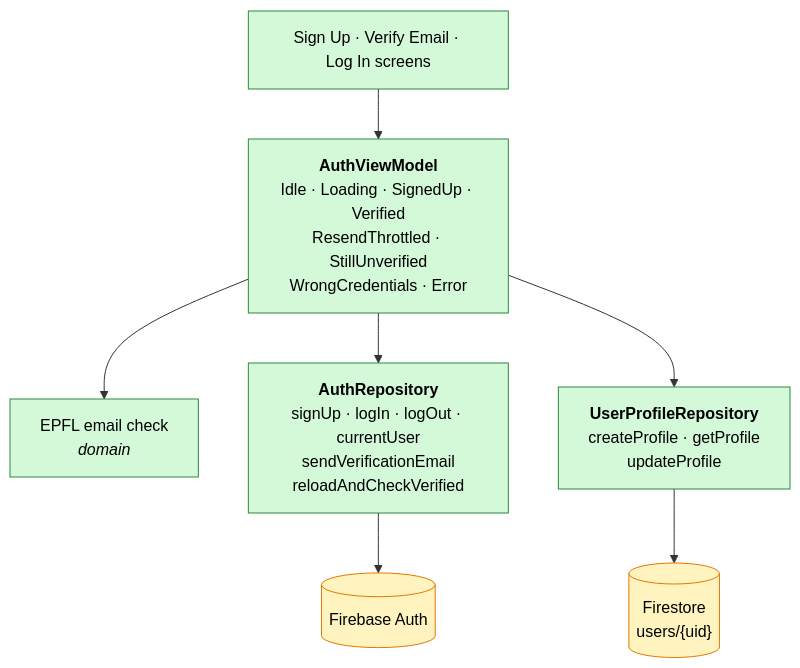
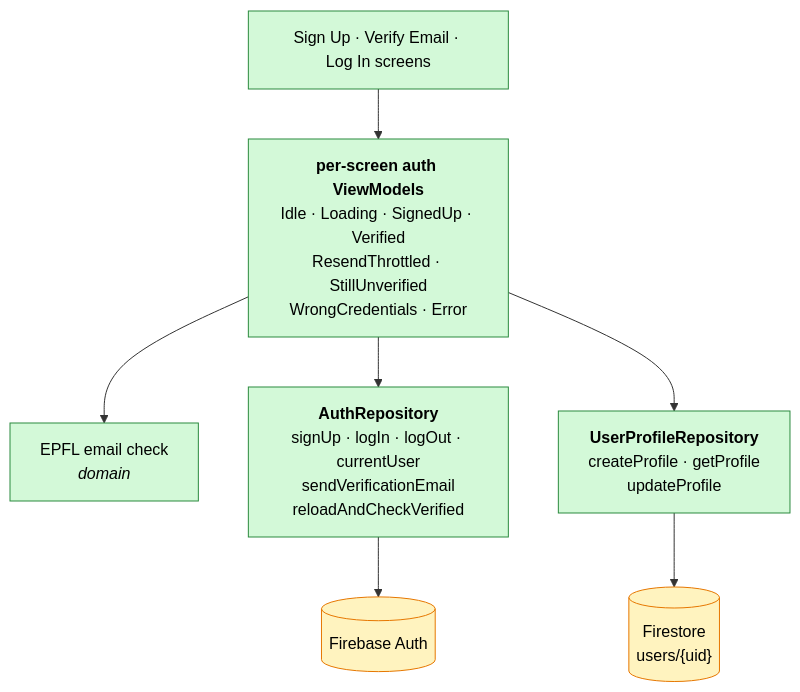
One commit to swent-polysocial/PolySocial changed the third of 11 diagrams in docs/Architecture-Diagram.md. Above: the diagram before and after it, drawn with Mermaid. The commit also changed other lines of this file and 3 other files, not shown here.

First line of the commit message:
docs: map the sprint 2 architecture

````diff
--- a/docs/Architecture-Diagram.md
+++ b/docs/Architecture-Diagram.md
@@ -106,20 +100,20 @@
 ```mermaid
 flowchart TB
   classDef s1 fill:#d3f9d8,stroke:#2b8a3e,color:#000
   classDef ext fill:#fff3bf,stroke:#e67700,color:#000
 
   screens["Sign Up · Verify Email · Log In screens"]:::s1
-  vm["<b>AuthViewModel</b><br/>Idle · Loading · SignedUp · Verified<br/>ResendThrottled · StillUnverified<br/>WrongCredentials · Error"]:::s1
+  vm["<b>per-screen auth ViewModels</b><br/>Idle · Loading · SignedUp · Verified<br/>ResendThrottled · StillUnverified<br/>WrongCredentials · Error"]:::s1
   val["EPFL email check<br/><i>domain</i>"]:::s1
   auth["<b>AuthRepository</b><br/>signUp · logIn · logOut · currentUser<br/>sendVerificationEmail<br/>reloadAndCheckVerified"]:::s1
   prof["<b>UserProfileRepository</b><br/>createProfile · getProfile<br/>updateProfile"]:::s1
   fa[("Firebase Auth")]:::ext
   fs[("Firestore<br/>users/{uid}")]:::ext
 
   screens --> vm
   vm --> val
   vm --> auth
   vm --> prof
   auth --> fa
   prof --> fs
 ```
````
